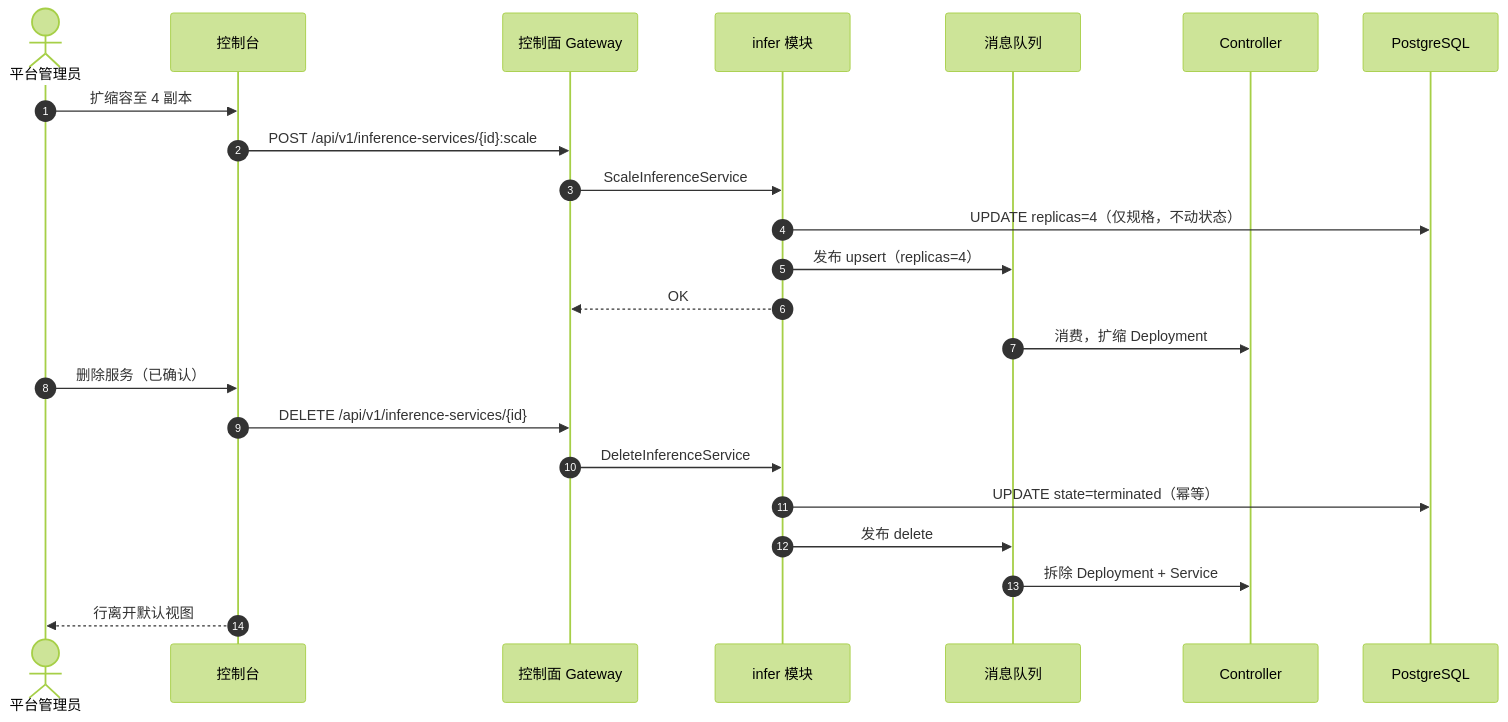
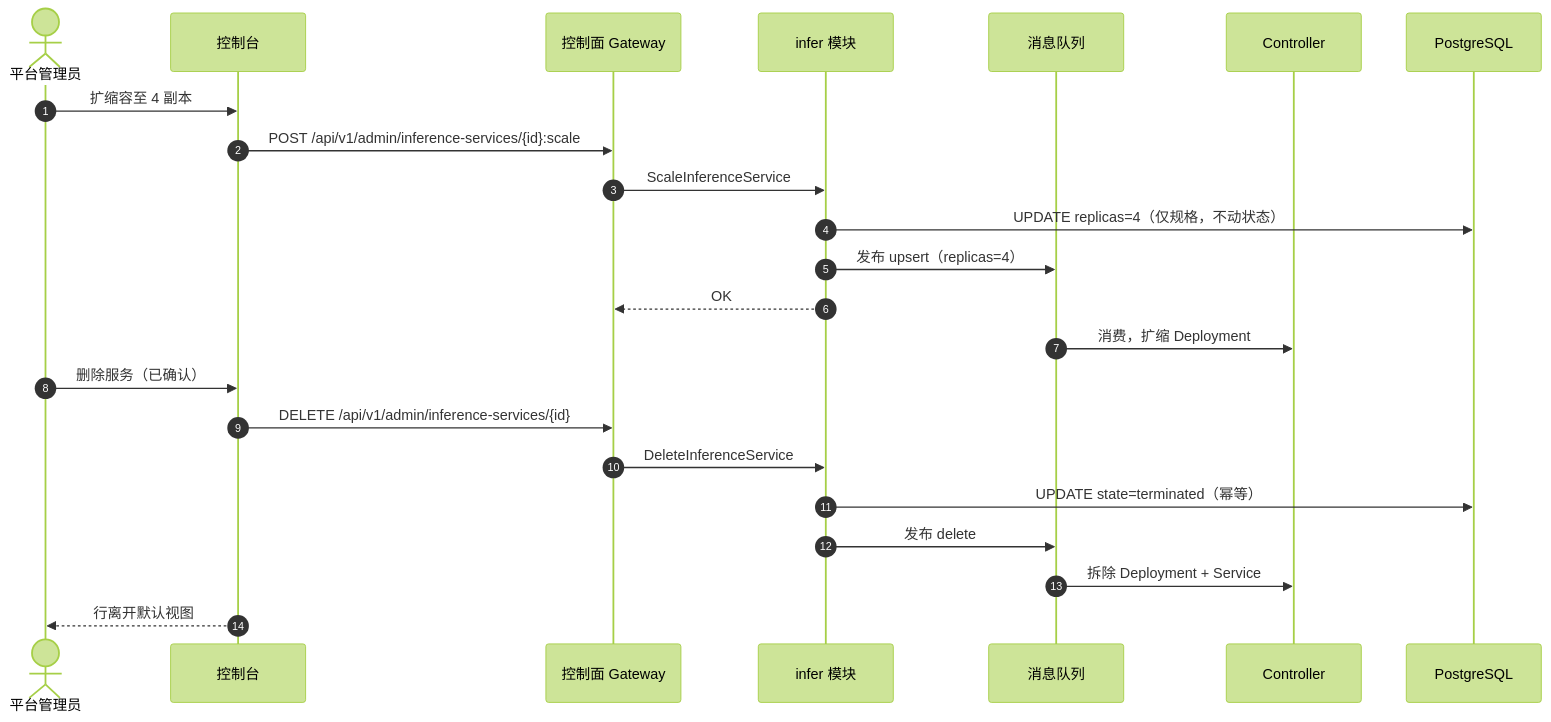
The fifth of 5 diagrams in docs/architecture/model-catalog-deployment.zh-cn.md (dhyabi2/go-taas), drawn with Mermaid (forest theme) before and after one commit. The commit also changed other lines of this file and 24 other files, not shown here.

Commit message:
feat(api,web): split admin surface under /api/v1/admin and /admin console prefix

````diff
--- a/docs/architecture/model-catalog-deployment.zh-cn.md
+++ b/docs/architecture/model-catalog-deployment.zh-cn.md
@@ -360,26 +360,26 @@
 ```mermaid
 sequenceDiagram
     autonumber
     actor Admin as 平台管理员
     participant Console as 控制台
     participant CGW as 控制面 Gateway
     participant Infer as infer 模块
     participant MQ as 消息队列
     participant CTRL as Controller
     participant DB as PostgreSQL
 
     Admin->>Console: 扩缩容至 4 副本
-    Console->>CGW: POST /api/v1/inference-services/{id}:scale
+    Console->>CGW: POST /api/v1/admin/inference-services/{id}:scale
     CGW->>Infer: ScaleInferenceService
     Infer->>DB: UPDATE replicas=4（仅规格，不动状态）
     Infer->>MQ: 发布 upsert（replicas=4）
     Infer-->>CGW: OK
     MQ->>CTRL: 消费，扩缩 Deployment
     Admin->>Console: 删除服务（已确认）
-    Console->>CGW: DELETE /api/v1/inference-services/{id}
+    Console->>CGW: DELETE /api/v1/admin/inference-services/{id}
     CGW->>Infer: DeleteInferenceService
     Infer->>DB: UPDATE state=terminated（幂等）
     Infer->>MQ: 发布 delete
     MQ->>CTRL: 拆除 Deployment + Service
     Console-->>Admin: 行离开默认视图
 ```
````
